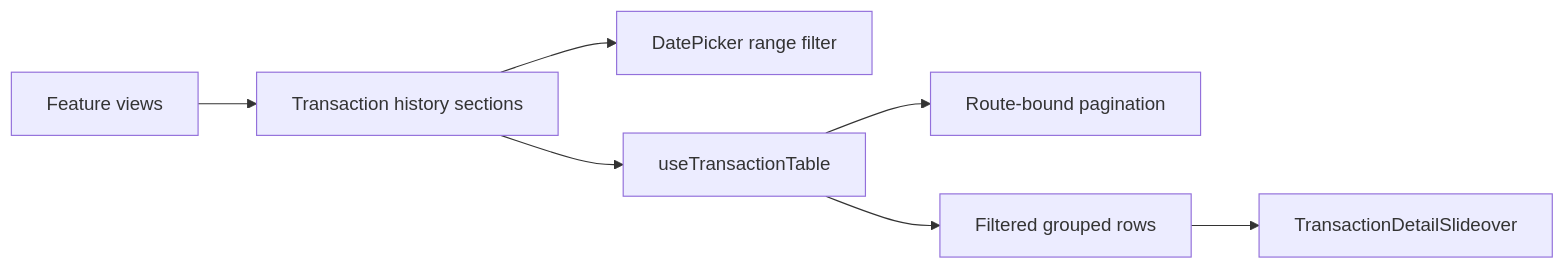
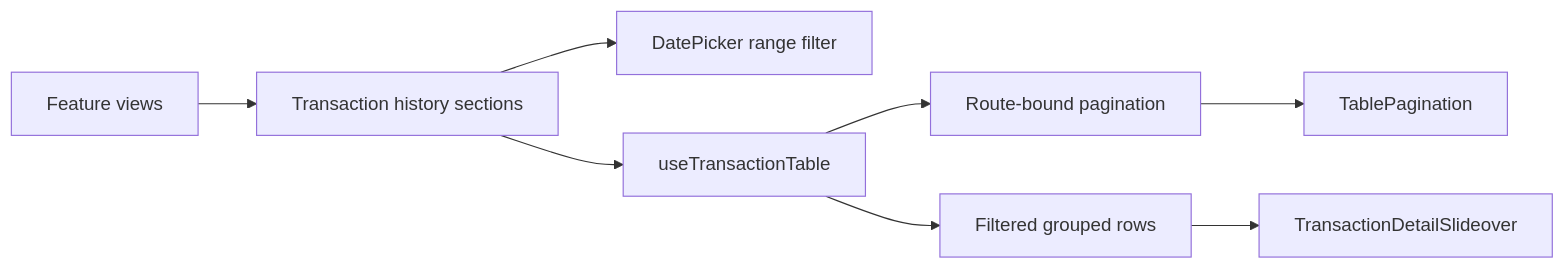
One commit to globe-and-citizen/cnc-portal changed the diagram in docs/implementation/transaction-history/README.md. Above: the diagram before and after it, drawn with Mermaid. The commit also changed other lines of this file and 1 other file, not shown here.

````diff
--- a/docs/implementation/transaction-history/README.md
+++ b/docs/implementation/transaction-history/README.md
@@ -16,9 +17,10 @@
 ```mermaid
 flowchart LR
   views[Feature views] --> histories[Transaction history sections]
   histories --> dateFilter[DatePicker range filter]
   histories --> tableState[useTransactionTable]
   tableState --> pagination[Route-bound pagination]
+  pagination --> pager[TablePagination]
   tableState --> rows[Filtered grouped rows]
   rows --> detail[TransactionDetailSlideover]
 ```
````
